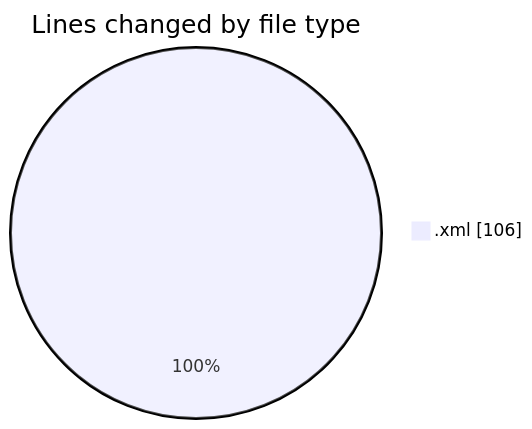
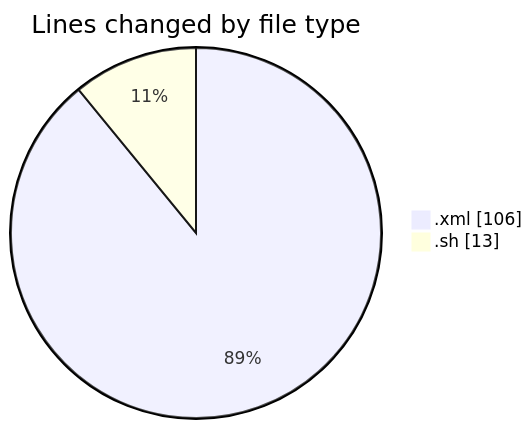
One commit to ricardozamudiocil/code-tracking changed the first of 2 diagrams in 2026-07-07/scripts/README.md. Above: the diagram before and after it, drawn with Mermaid. The commit also changed other lines of this file and 1 other file, not shown here.

````diff
--- a/2026-07-07/scripts/README.md
+++ b/2026-07-07/scripts/README.md
@@ -20,5 +21,6 @@
 ```mermaid
 pie showData
 title Lines changed by file type
 ".xml" : 106
+".sh" : 13
 ```
````
